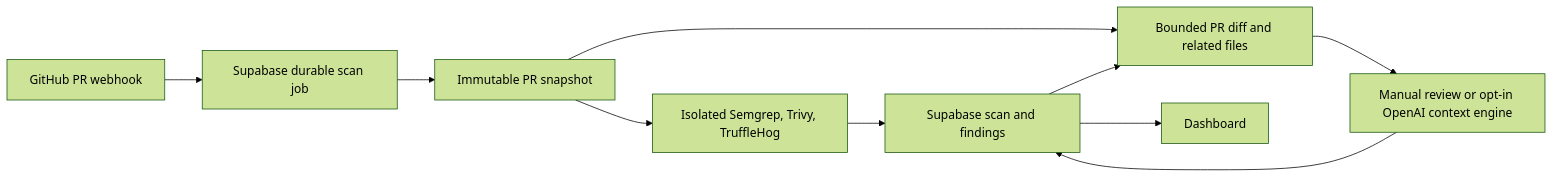
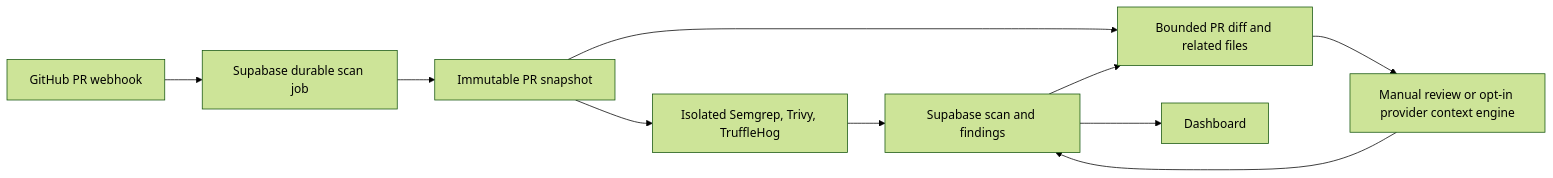
Before and after one commit to LP-Ishadi/AegisCode-AI-Suite: the first of 2 diagrams in docs/ai-review-architecture.md, drawn with Mermaid (forest theme). The commit also changed other lines of this file and 12 other files, not shown here.

````diff
--- a/docs/ai-review-architecture.md
+++ b/docs/ai-review-architecture.md
@@ -44,12 +44,12 @@
 ```mermaid
 flowchart LR
     G[GitHub PR webhook] --> Q[Supabase durable scan job]
     Q --> S[Immutable PR snapshot]
     S --> X[Isolated Semgrep, Trivy, TruffleHog]
     X --> D[Supabase scan and findings]
     S --> C[Bounded PR diff and related files]
     D --> C
-    C --> M[Manual review or opt-in OpenAI context engine]
+    C --> M[Manual review or opt-in provider context engine]
     M --> D
     D --> U[Dashboard]
 ```
````
